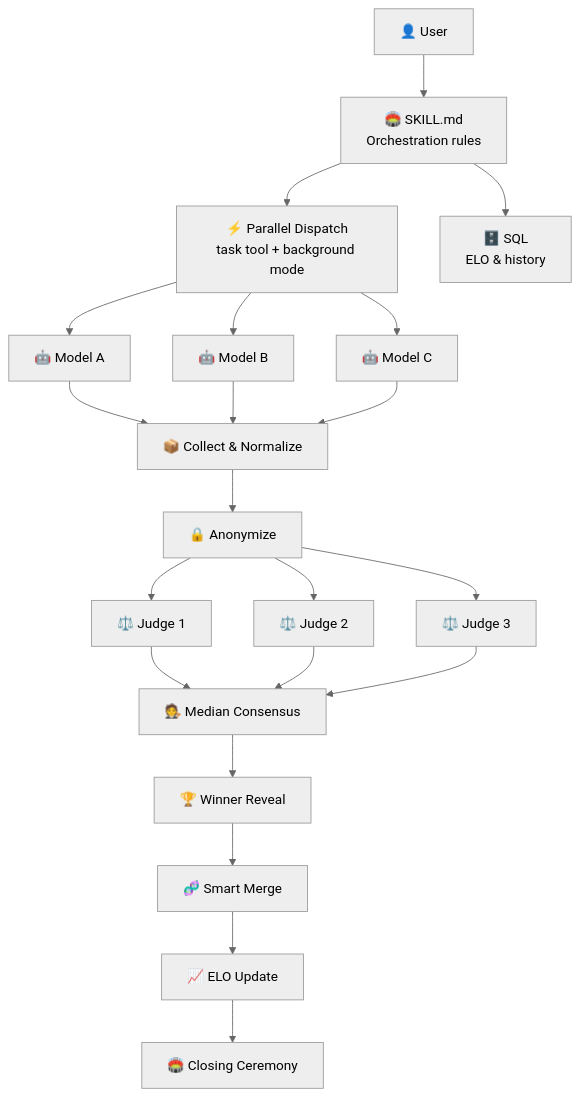
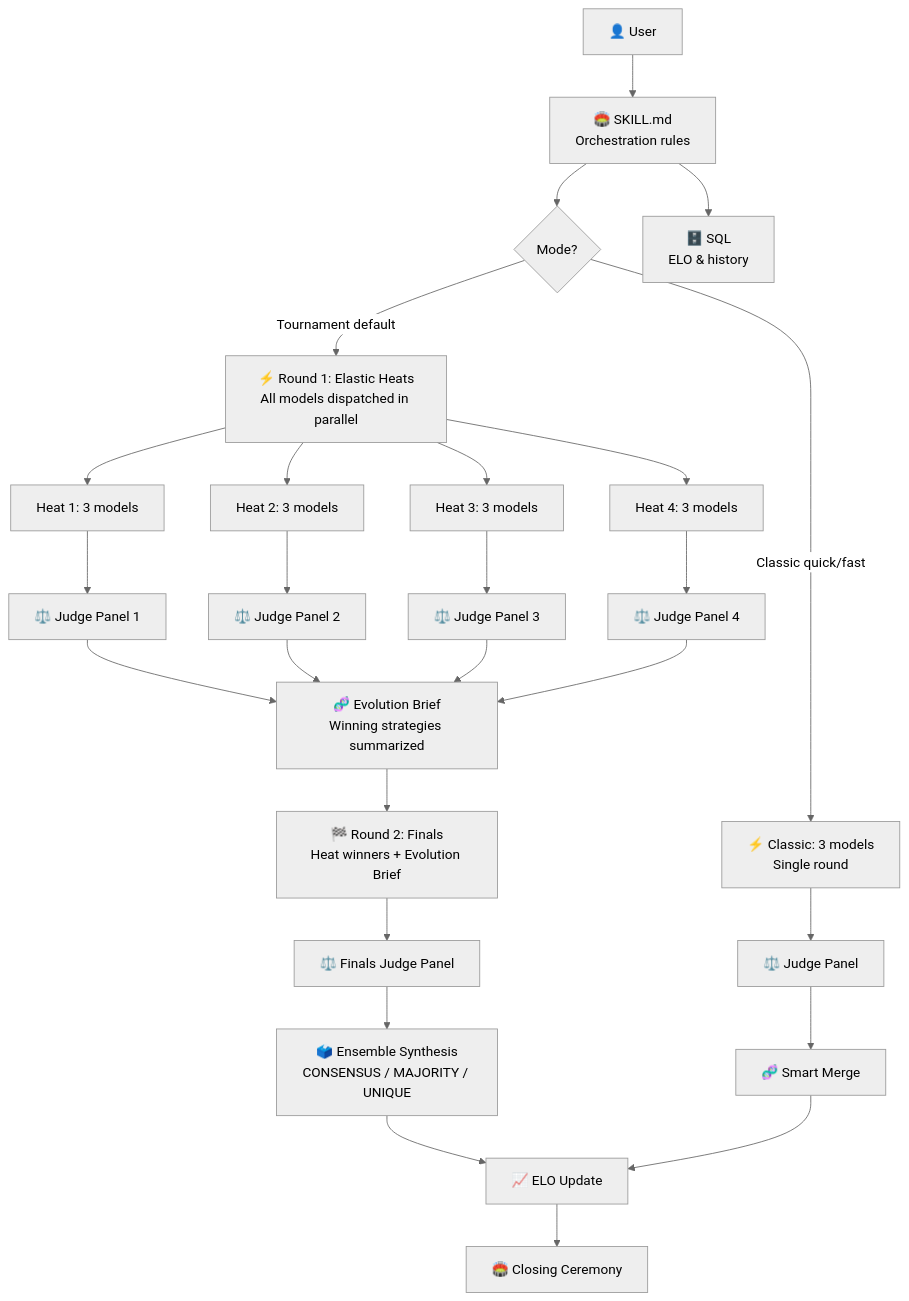
One commit to DUBSOpenHub/havoc-hackathon changed the diagram in README.md. Above: the diagram before and after it, drawn with Mermaid (neutral theme). The commit also changed other lines of this file and 5 other files, not shown here.

First line of the commit message:
feat: Layer 1 upgrade — tournament, evolution, ensemble synthesis (v2.0.0)

````diff
--- a/README.md
+++ b/README.md
@@ -217,23 +221,28 @@
 ```mermaid
 flowchart TD
     USER["👤 User"] --> SKILL["🏟️ SKILL.md<br/>Orchestration rules"]
-    SKILL --> DISPATCH["⚡ Parallel Dispatch<br/>task tool + background mode"]
-    DISPATCH --> M1["🤖 Model A"]
-    DISPATCH --> M2["🤖 Model B"]
-    DISPATCH --> M3["🤖 Model C"]
-    M1 --> COLLECT["📦 Collect & Normalize"]
-    M2 --> COLLECT
-    M3 --> COLLECT
-    COLLECT --> ANONYMIZE["🔒 Anonymize"]
-    ANONYMIZE --> J1["⚖️ Judge 1"]
-    ANONYMIZE --> J2["⚖️ Judge 2"]
-    ANONYMIZE --> J3["⚖️ Judge 3"]
-    J1 --> CONSENSUS["🧑‍⚖️ Median Consensus"]
-    J2 --> CONSENSUS
-    J3 --> CONSENSUS
-    CONSENSUS --> REVEAL["🏆 Winner Reveal"]
-    REVEAL --> MERGE["🧬 Smart Merge"]
-    MERGE --> ELO["📈 ELO Update"]
+    SKILL --> MODE{"Mode?"}
+    MODE -->|Tournament default| HEATS["⚡ Round 1: Elastic Heats<br/>All models dispatched in parallel"]
+    MODE -->|Classic quick/fast| CLASSIC["⚡ Classic: 3 models<br/>Single round"]
+    HEATS --> H1["Heat 1: 3 models"]
+    HEATS --> H2["Heat 2: 3 models"]
+    HEATS --> H3["Heat 3: 3 models"]
+    HEATS --> H4["Heat 4: 3 models"]
+    H1 --> JP1["⚖️ Judge Panel 1"]
+    H2 --> JP2["⚖️ Judge Panel 2"]
+    H3 --> JP3["⚖️ Judge Panel 3"]
+    H4 --> JP4["⚖️ Judge Panel 4"]
+    JP1 --> EVOLUTION["🧬 Evolution Brief<br/>Winning strategies summarized"]
+    JP2 --> EVOLUTION
+    JP3 --> EVOLUTION
+    JP4 --> EVOLUTION
+    EVOLUTION --> FINALS["🏁 Round 2: Finals<br/>Heat winners + Evolution Brief"]
+    FINALS --> FJUDGE["⚖️ Finals Judge Panel"]
+    CLASSIC --> CJUDGE["⚖️ Judge Panel"]
+    FJUDGE --> ENSEMBLE["🗳️ Ensemble Synthesis<br/>CONSENSUS / MAJORITY / UNIQUE"]
+    CJUDGE --> MERGE["🧬 Smart Merge"]
+    ENSEMBLE --> ELO["📈 ELO Update"]
+    MERGE --> ELO
     ELO --> CLOSING["🏟️ Closing Ceremony"]
     SKILL --> SQL["🗄️ SQL<br/>ELO & history"]
 ```
````
